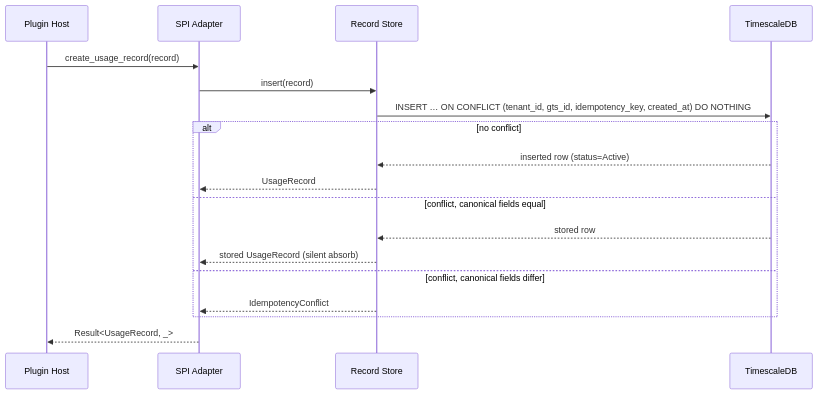
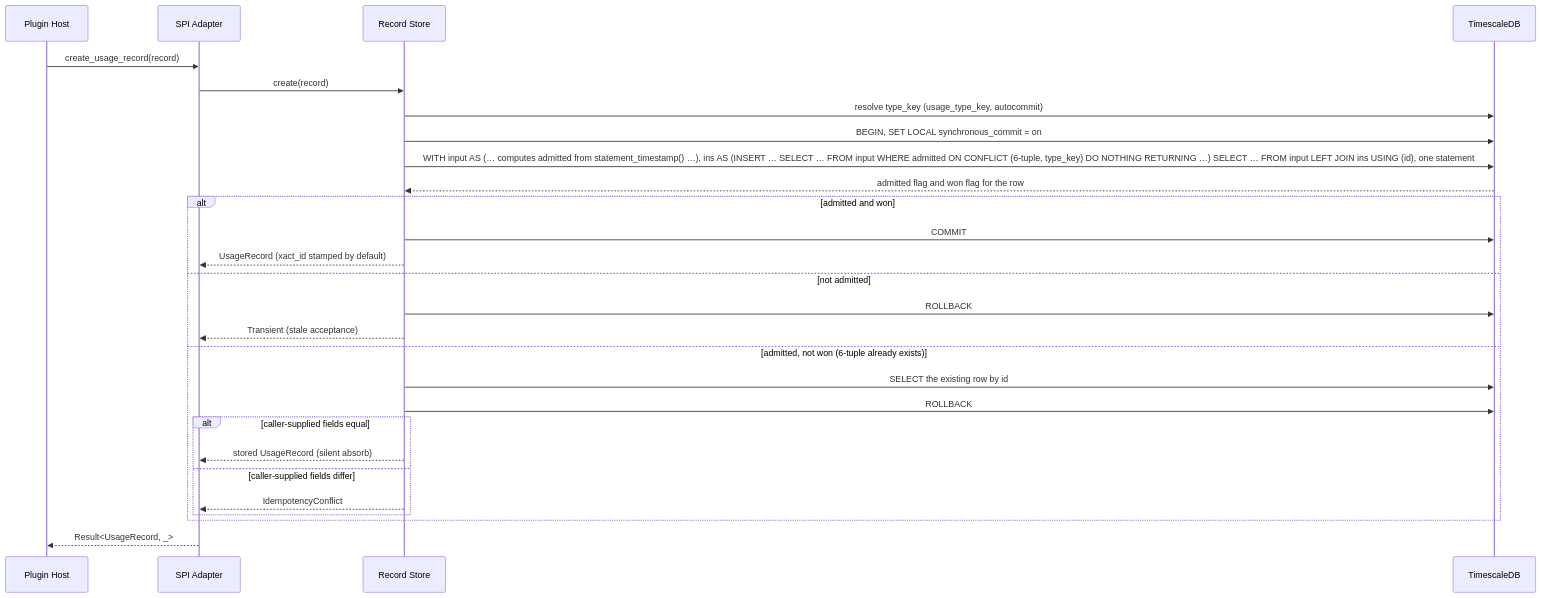
The third of 11 diagrams in gears/system/usage-collector/plugins/timescaledb-usage-collector-plugin/docs/DESIGN.md (Andrei-Iliushin-Constructor/gears-rust), drawn with Mermaid before and after one commit. The commit also changed other lines of this file and 38 other files, not shown here.

````diff
--- a/gears/system/usage-collector/plugins/timescaledb-usage-collector-plugin/docs/DESIGN.md
+++ b/gears/system/usage-collector/plugins/timescaledb-usage-collector-plugin/docs/DESIGN.md
@@ -399,20 +478,29 @@
 ```mermaid
 sequenceDiagram
     participant Host as Plugin Host
     participant Adapter as SPI Adapter
     participant Rec as Record Store
     participant DB as TimescaleDB
     Host->>Adapter: create_usage_record(record)
-    Adapter->>Rec: insert(record)
-    Rec->>DB: INSERT … ON CONFLICT (tenant_id, gts_id, idempotency_key, created_at) DO NOTHING
-    alt no conflict
-        DB-->>Rec: inserted row (status=Active)
-        Rec-->>Adapter: UsageRecord
-    else conflict, canonical fields equal
-        DB-->>Rec: stored row
-        Rec-->>Adapter: stored UsageRecord (silent absorb)
-    else conflict, canonical fields differ
-        Rec-->>Adapter: IdempotencyConflict
+    Adapter->>Rec: create(record)
+    Rec->>DB: resolve type_key (usage_type_key, autocommit)
+    Rec->>DB: BEGIN, SET LOCAL synchronous_commit = on
+    Rec->>DB: WITH input AS (… computes admitted from statement_timestamp() …), ins AS (INSERT … SELECT … FROM input WHERE admitted ON CONFLICT (6-tuple, type_key) DO NOTHING RETURNING …) SELECT … FROM input LEFT JOIN ins USING (id), one statement
+    DB-->>Rec: admitted flag and won flag for the row
+    alt admitted and won
+        Rec->>DB: COMMIT
+        Rec-->>Adapter: UsageRecord (xact_id stamped by default)
+    else not admitted
+        Rec->>DB: ROLLBACK
+        Rec-->>Adapter: Transient (stale acceptance)
+    else admitted, not won (6-tuple already exists)
+        Rec->>DB: SELECT the existing row by id
+        Rec->>DB: ROLLBACK
+        alt caller-supplied fields equal
+            Rec-->>Adapter: stored UsageRecord (silent absorb)
+        else caller-supplied fields differ
+            Rec-->>Adapter: IdempotencyConflict
+        end
     end
     Adapter-->>Host: Result<UsageRecord, _>
 ```
````
